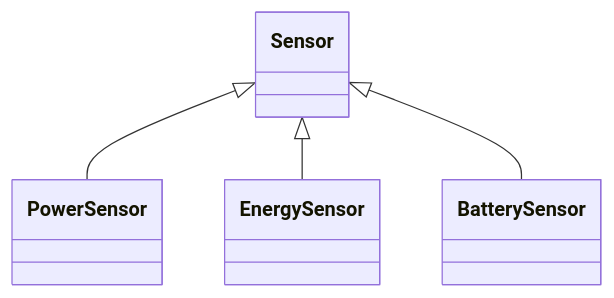
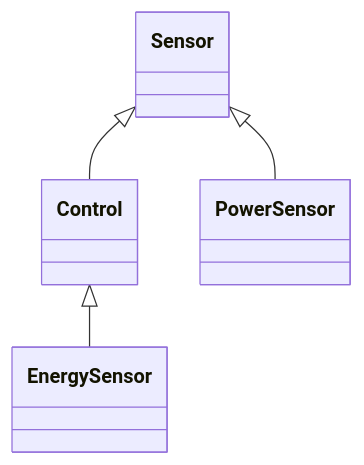
One commit to jbuehl/homealone changed the seventh of 7 diagrams in docs/README.resources.md. Above: the diagram before and after it, drawn with Mermaid. The commit also changed other lines of this file and 1 other file, not shown here.

````diff
--- a/docs/README.resources.md
+++ b/docs/README.resources.md
@@ -105,6 +128,6 @@
 ```mermaid
 classDiagram
-	Sensor <|-- PowerSensor
-	Sensor <|-- EnergySensor
-	Sensor <|-- BatterySensor
+    Sensor <|-- Control
+    Sensor <|-- PowerSensor
+    Control <|-- EnergySensor
 ```
````
